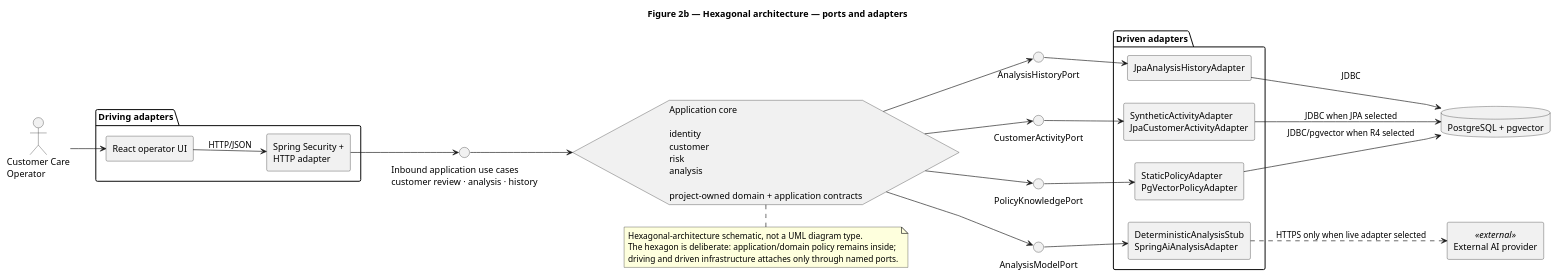
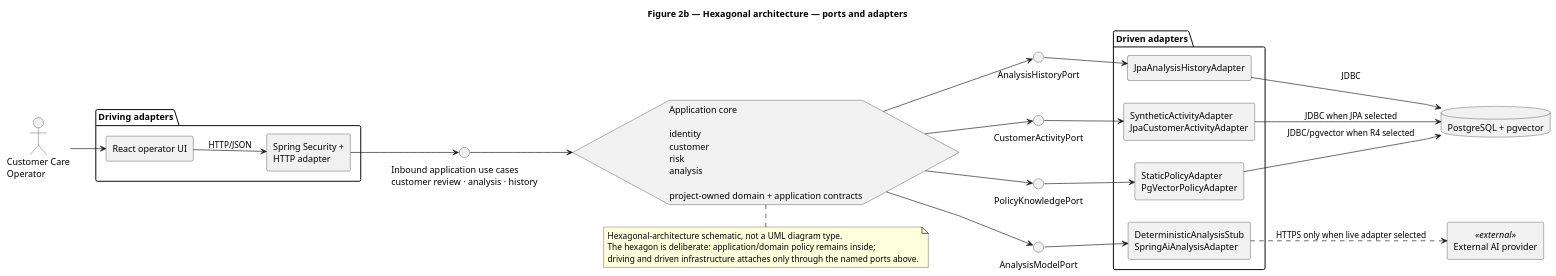
Before and after one commit to jdoe-dev-159753/specgraph-reference-app: the diagram in docs/assignment/SDD/diagrams/hexagonal-architecture.puml, drawn with PlantUML.

Commit message:
docs: clarify named ports in hexagonal view

```diff
--- a/docs/assignment/SDD/diagrams/hexagonal-architecture.puml
+++ b/docs/assignment/SDD/diagrams/hexagonal-architecture.puml
@@ -1,59 +1,59 @@
 @startuml
 title Figure 2b — Hexagonal architecture — ports and adapters
 left to right direction
 skinparam linetype polyline
 skinparam componentStyle rectangle
 skinparam nodesep 35
 skinparam ranksep 45
 
 actor "Customer Care\nOperator" as Operator
 
 package "Driving adapters" {
   component "React operator UI" as UI
   component "Spring Security +\nHTTP adapter" as Http
 }
 
 interface "Inbound application use cases\ncustomer review · analysis · history" as Inbound
 interface "CustomerActivityPort" as ActivityPort
 interface "PolicyKnowledgePort" as PolicyPort
 interface "AnalysisModelPort" as ModelPort
 interface "AnalysisHistoryPort" as HistoryPort
 
 hexagon "Application core\n\nidentity\ncustomer\nrisk\nanalysis\n\nproject-owned domain + application contracts" as Core
 
 package "Driven adapters" {
   component "SyntheticActivityAdapter\nJpaCustomerActivityAdapter" as ActivityAdapters
   component "StaticPolicyAdapter\nPgVectorPolicyAdapter" as PolicyAdapters
   component "DeterministicAnalysisStub\nSpringAiAnalysisAdapter" as ModelAdapters
   component "JpaAnalysisHistoryAdapter" as HistoryAdapter
 }
 
 database "PostgreSQL + pgvector" as DB
 component "External AI provider" as Provider <<external>>
 
 Operator --> UI
 UI --> Http : HTTP/JSON
 Http --> Inbound
 Inbound --> Core
 
 Core --> ActivityPort
 Core --> PolicyPort
 Core --> ModelPort
 Core --> HistoryPort
 
 ActivityPort --> ActivityAdapters
 PolicyPort --> PolicyAdapters
 ModelPort --> ModelAdapters
 HistoryPort --> HistoryAdapter
 
 ActivityAdapters --> DB : JDBC when JPA selected
 PolicyAdapters --> DB : JDBC/pgvector when R4 selected
 HistoryAdapter --> DB : JDBC
 ModelAdapters ..> Provider : HTTPS only when live adapter selected
 
 note bottom of Core
   Hexagonal-architecture schematic, not a UML diagram type.
   The hexagon is deliberate: application/domain policy remains inside;
-  driving and driven infrastructure attaches only through named ports.
+  driving and driven infrastructure attaches only through the named ports above.
 end note
 @enduml
```
